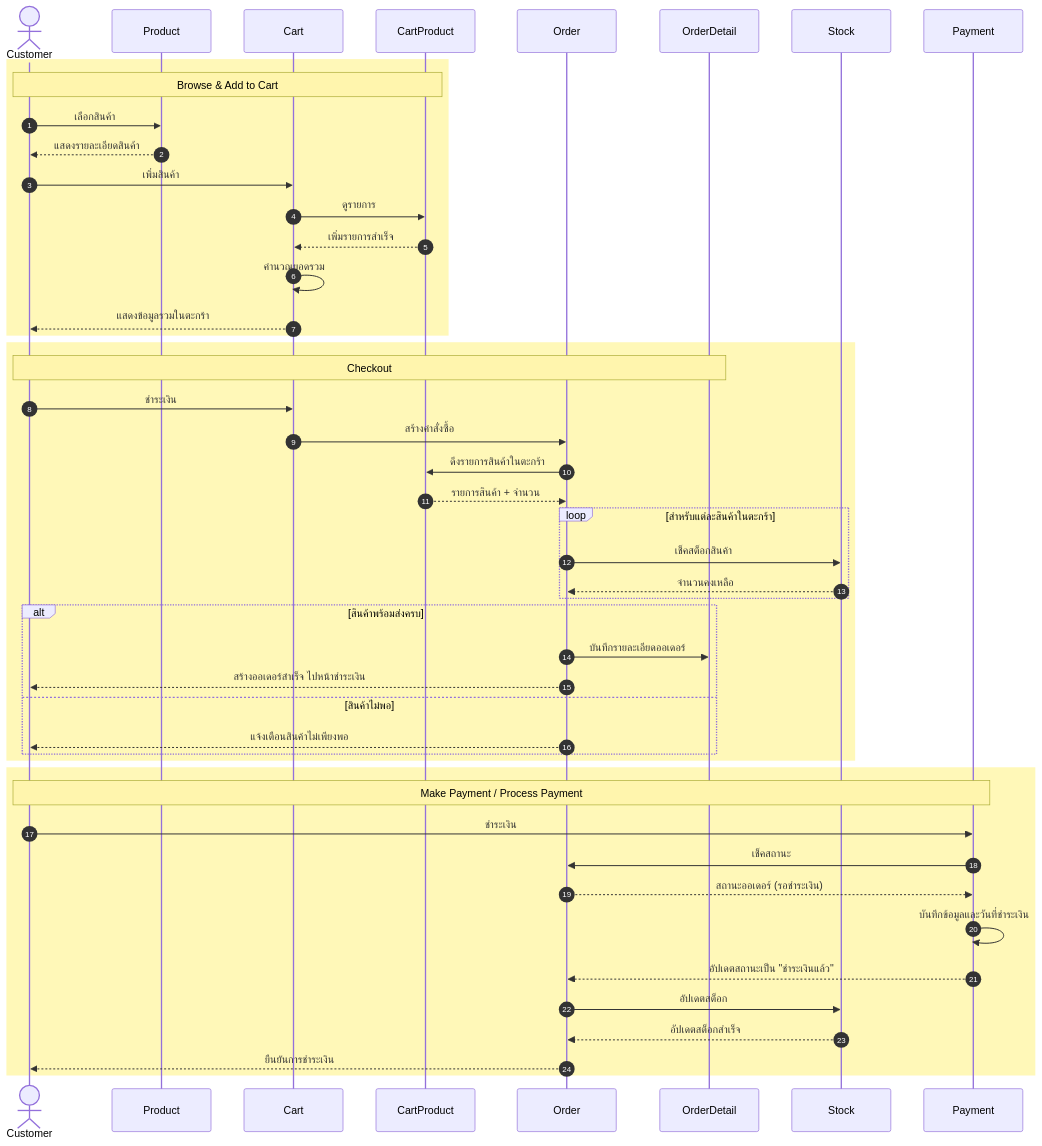
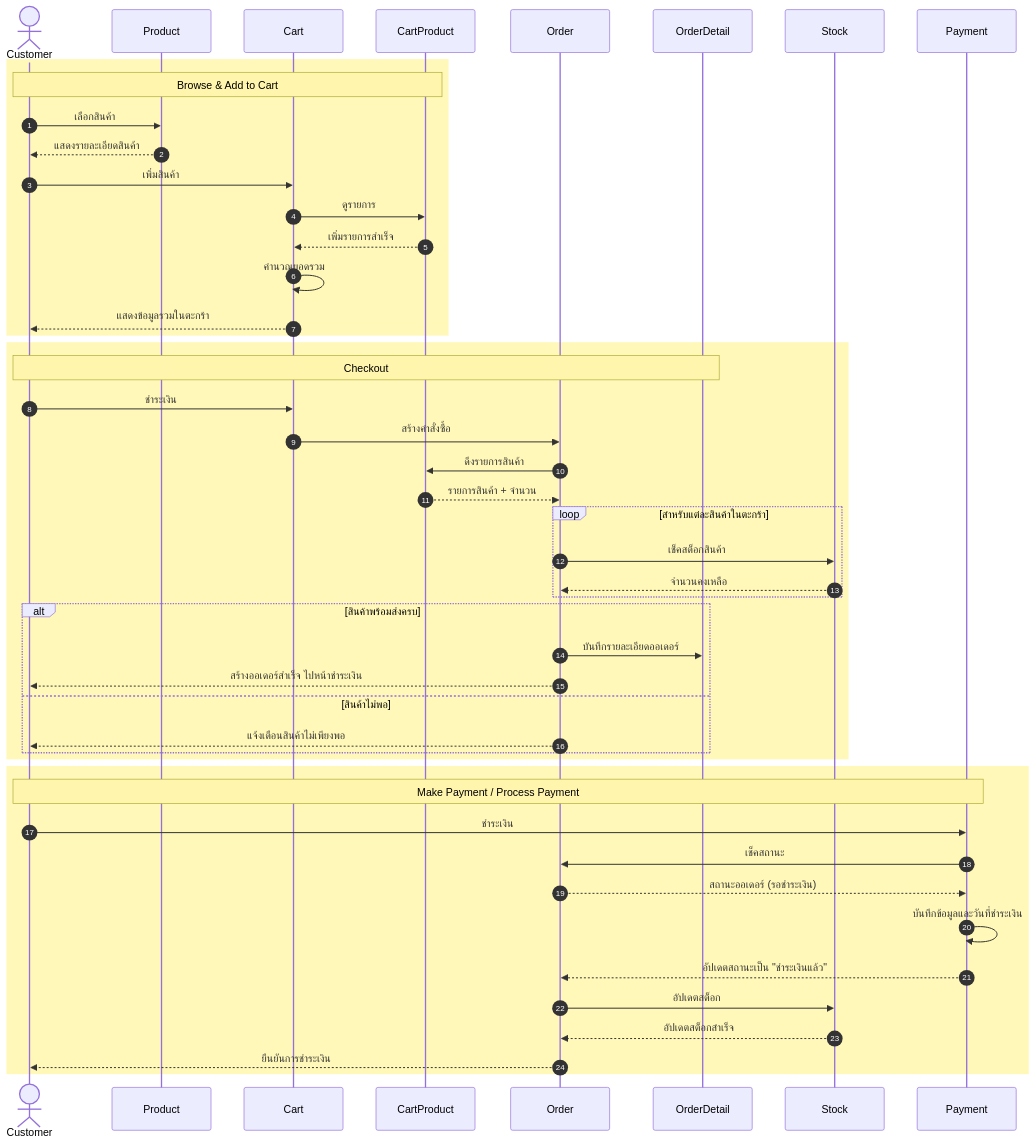
One commit to PurivatHewkao/BoardHouse changed the third of 4 diagrams in README.md. Above: the diagram before and after it, drawn with Mermaid.

````diff
--- a/README.md
+++ b/README.md
@@ -308,55 +308,55 @@
 ```mermaid
 sequenceDiagram
     autonumber
     actor Customer
     participant Product
     participant Cart
     participant CartProduct
     participant Order
     participant OrderDetail
     participant Stock
     participant Payment
 
     rect rgb(255, 248, 184)
         Note over Customer,CartProduct: Browse & Add to Cart
         Customer->>Product: เลือกสินค้า
         Product-->>Customer: แสดงรายละเอียดสินค้า
         Customer->>Cart: เพิ่มสินค้า
         Cart->>CartProduct: ดูรายการ
         CartProduct-->>Cart: เพิ่มรายการสำเร็จ
         Cart->>Cart: คำนวณยอดรวม
         Cart-->>Customer: แสดงข้อมูลรวมในตะกร้า
     end
 
     rect rgb(255, 248, 184)
         Note over Customer,OrderDetail: Checkout
         Customer->>Cart: ชำระเงิน
         Cart->>Order: สร้างคำสั่งซื้อ
-        Order->>CartProduct: ดึงรายการสินค้าในตะกร้า
+        Order->>CartProduct: ดึงรายการสินค้า
         CartProduct-->>Order: รายการสินค้า + จำนวน
 
         loop สำหรับแต่ละสินค้าในตะกร้า
             Order->>Stock: เช็คสต็อกสินค้า
             Stock-->>Order: จำนวนคงเหลือ
         end
 
         alt สินค้าพร้อมส่งครบ
             Order->>OrderDetail: บันทึกรายละเอียดออเดอร์
             Order-->>Customer: สร้างออเดอร์สำเร็จ ไปหน้าชำระเงิน
         else สินค้าไม่พอ
             Order-->>Customer: แจ้งเตือนสินค้าไม่เพียงพอ
         end
     end
 
     rect rgb(255, 248, 184)
         Note over Customer,Payment: Make Payment / Process Payment
         Customer->>Payment: ชำระเงิน
         Payment->>Order: เช็คสถานะ
         Order-->>Payment: สถานะออเดอร์ (รอชำระเงิน)
         Payment->>Payment: บันทึกข้อมูลและวันที่ชำระเงิน
         Payment-->>Order: อัปเดตสถานะเป็น "ชำระเงินแล้ว"
         Order->>Stock: อัปเดตสต็อก
         Stock-->>Order: อัปเดตสต็อกสำเร็จ
         Order-->>Customer: ยืนยันการชำระเงิน
     end
 ```
````
